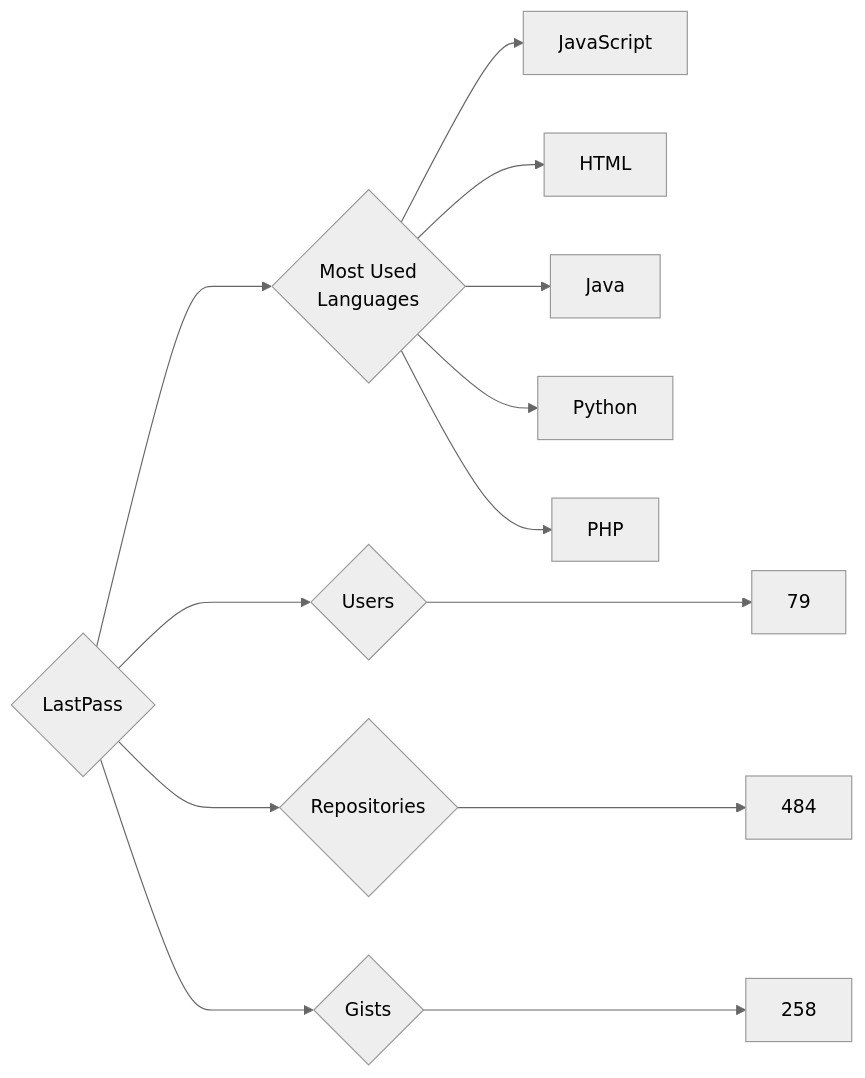
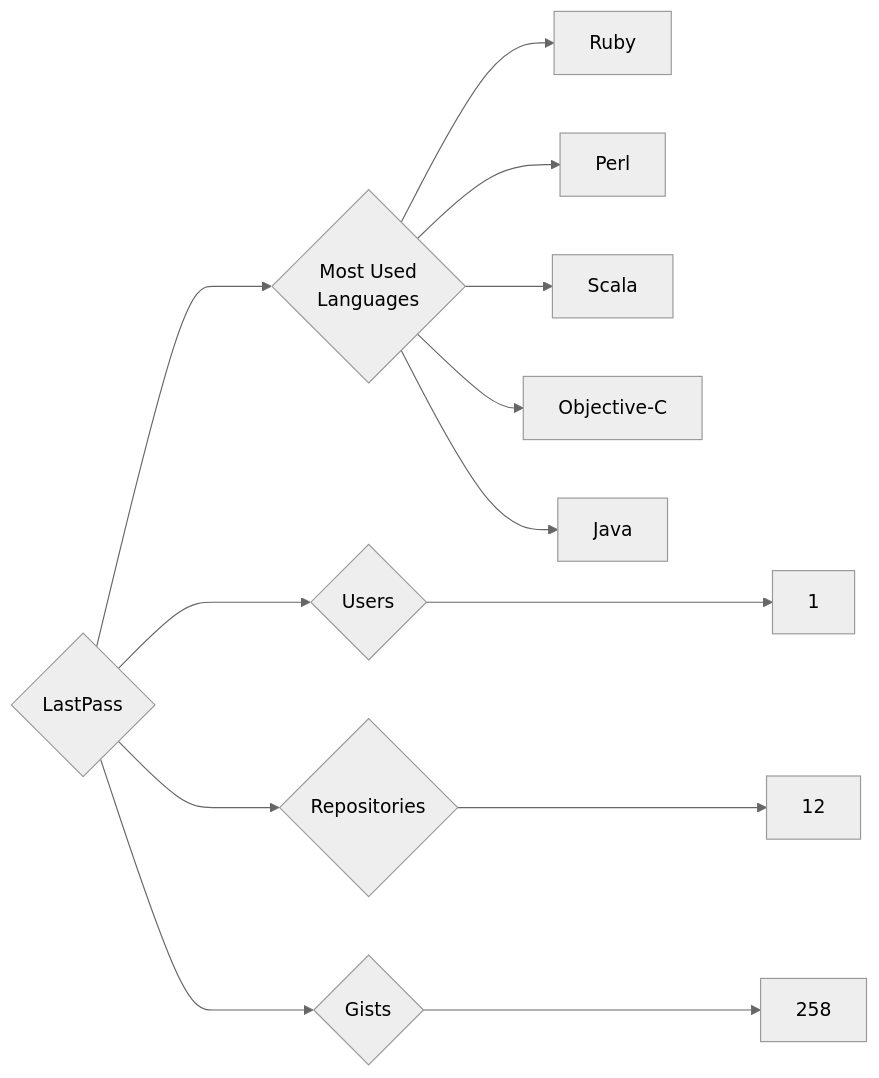
The diagram in targets/LastPass/README.md (trickest/insiders), drawn with Mermaid (neutral theme) before and after one commit. The commit also changed 1248 other files, not shown here.

````diff
--- a/targets/LastPass/README.md
+++ b/targets/LastPass/README.md
@@ -3,13 +3,13 @@
 ```mermaid
 graph LR
 COMPANY_NAME{LastPass}
-COMPANY_NAME ---> U{Users} ---> UN[79]
-COMPANY_NAME ---> R{Repositories} ---> RN[484]
+COMPANY_NAME ---> U{Users} ---> UN[1]
+COMPANY_NAME ---> R{Repositories} ---> RN[12]
 COMPANY_NAME ---> G{Gists} ---> GN[258]
 COMPANY_NAME ---> ML{Most Used<br>Languages}
-ML --> JavaScript[JavaScript]
-ML --> HTML[HTML]
+ML --> Ruby[Ruby]
+ML --> Perl[Perl]
+ML --> Scala[Scala]
+ML --> Objective-C[Objective-C]
 ML --> Java[Java]
-ML --> Python[Python]
-ML --> PHP[PHP]
 ```
````
